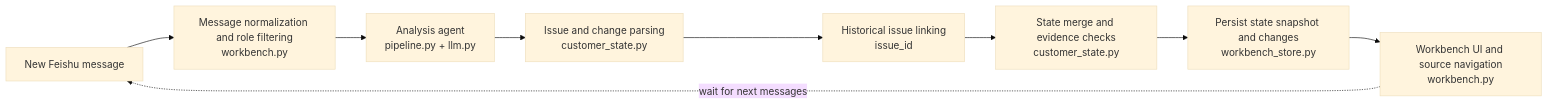
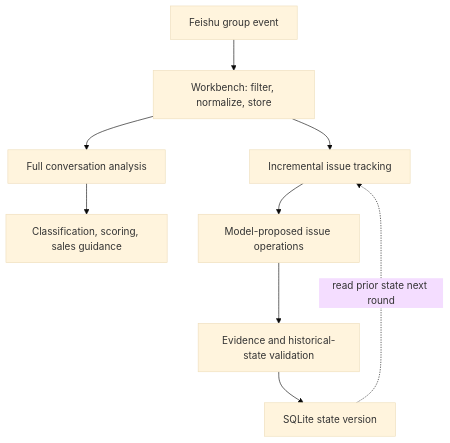
The diagram in README.md (sheily899/feishu-sales-dealtrace), drawn with Mermaid (base theme) before and after one commit. The commit also changed other lines of this file and 1 other file, not shown here.

Commit message:
docs: clarify module contracts and lifecycle flow

````diff
--- a/README.md
+++ b/README.md
@@ -37,11 +37,11 @@
 ```mermaid
-flowchart LR
-    A[New Feishu message] --> B[Message normalization and role filtering\nworkbench.py]
-    B --> C[Analysis agent\npipeline.py + llm.py]
-    C --> D[Issue and change parsing\ncustomer_state.py]
-    D --> E[Historical issue linking\nissue_id]
-    E --> F[State merge and evidence checks\ncustomer_state.py]
-    F --> G[Persist state snapshot and changes\nworkbench_store.py]
-    G --> H[Workbench UI and source navigation\nworkbench.py]
-    H -. wait for next messages .-> A
+flowchart TD
+    A[Feishu group event] --> B[Workbench: filter, normalize, store]
+    B --> C[Full conversation analysis]
+    B --> D[Incremental issue tracking]
+    C --> E[Classification, scoring, sales guidance]
+    D --> F[Model-proposed issue operations]
+    F --> G[Evidence and historical-state validation]
+    G --> H[SQLite state version]
+    H -. read prior state next round .-> D
 ```
````
